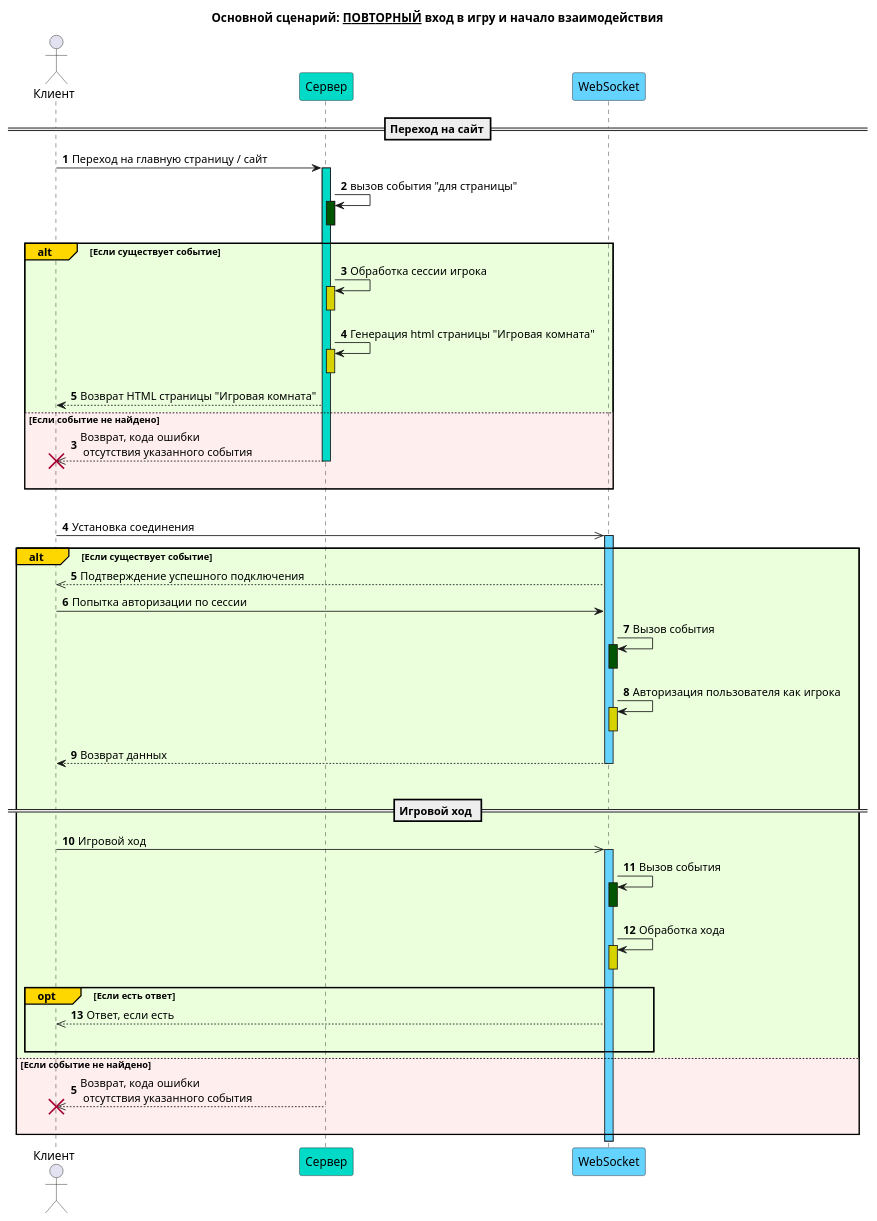
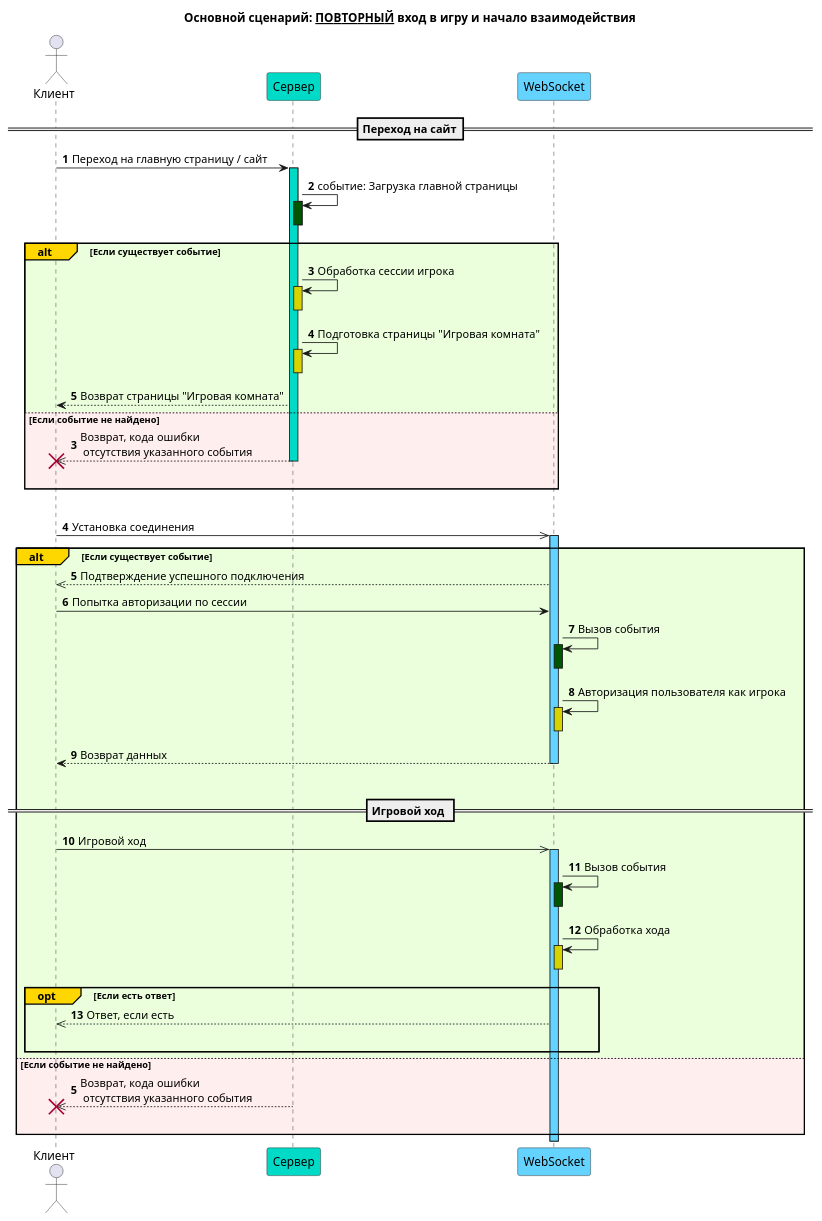
The diagram in public/docs/diagrams/src/sequenceDiagramsGeneral2.wsd (VadimContentHunter/browser-game-bang), drawn with PlantUML before and after one commit. The commit also changed 3 other files, not shown here.

Commit message:
docs: add sequence diagram for client interaction with game components

```diff
--- a/public/docs/diagrams/src/sequenceDiagramsGeneral2.wsd
+++ b/public/docs/diagrams/src/sequenceDiagramsGeneral2.wsd
@@ -1,47 +1,47 @@
 @startuml sequenceDiagramsGeneral2
 title Основной сценарий: __ПОВТОРНЫЙ__ вход в игру и начало взаимодействия
 
 actor Клиент as client
 participant Сервер as server #00dac7
 participant WebSocket #65d3ff
 
 autonumber
 ==Переход на сайт==
 client -> server ++ #00dac7 : Переход на главную страницу / сайт
-server -> server ++-- #005500 : вызов события "для страницы"
+server -> server ++-- #005500 : событие: Загрузка главной страницы
 alt#Gold #ebffdd Если существует событие
     server -> server ++-- #d6d300 : Обработка сессии игрока
-    server -> server ++-- #d6d300 : Генерация html страницы "Игровая комната"
-    server --> client : Возврат HTML страницы "Игровая комната"
+    server -> server ++-- #d6d300 : Подготовка страницы "Игровая комната"
+    server --> client : Возврат страницы "Игровая комната"
 else #ffeeee Если событие не найдено
     autonumber 3
     server -->> client !! : Возврат, кода ошибки\n отсутствия указанного события
     deactivate server
     |||
 end
 
 |||
 client ->> WebSocket ++ #65d3ff : Установка соединения
 alt#Gold #ebffdd Если существует событие
     WebSocket -->> client : Подтверждение успешного подключения
 
     client -> WebSocket : Попытка авторизации по сессии
     WebSocket -> WebSocket ++-- #005500 : Вызов события
     WebSocket -> WebSocket ++-- #d6d300 : Авторизация пользователя как игрока
     WebSocket --> client -- : Возврат данных
     |||
     == Игровой ход ==
     client ->> WebSocket ++ #65d3ff : Игровой ход
     WebSocket -> WebSocket ++-- #005500 : Вызов события
     WebSocket -> WebSocket ++-- #d6d300 : Обработка хода
 
     opt#Gold Если есть ответ
         WebSocket -->> client : Ответ, если есть
         |||
     end
 else #ffeeee Если событие не найдено
     autonumber 5
     server -->> client !! : Возврат, кода ошибки\n отсутствия указанного события
     |||
 end
 @enduml
```
